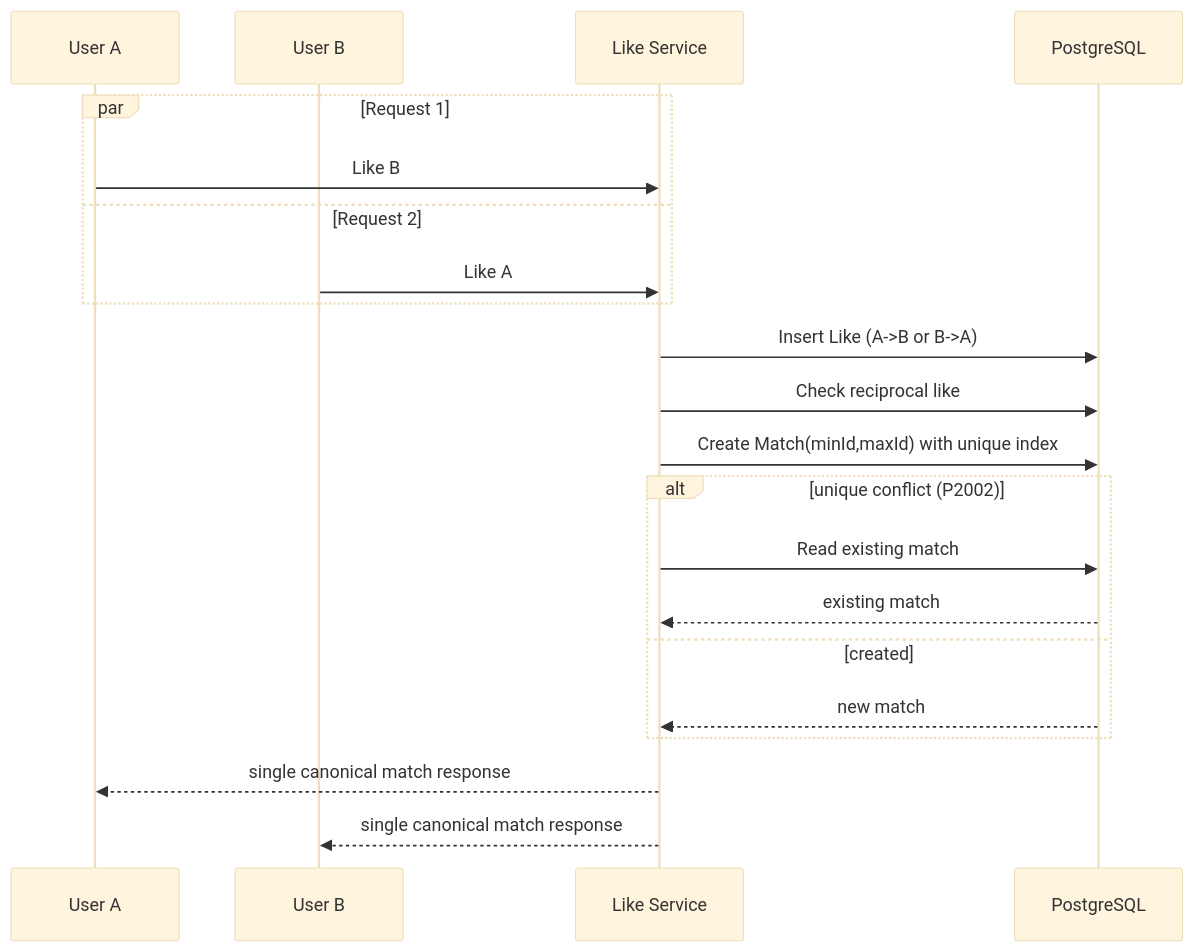
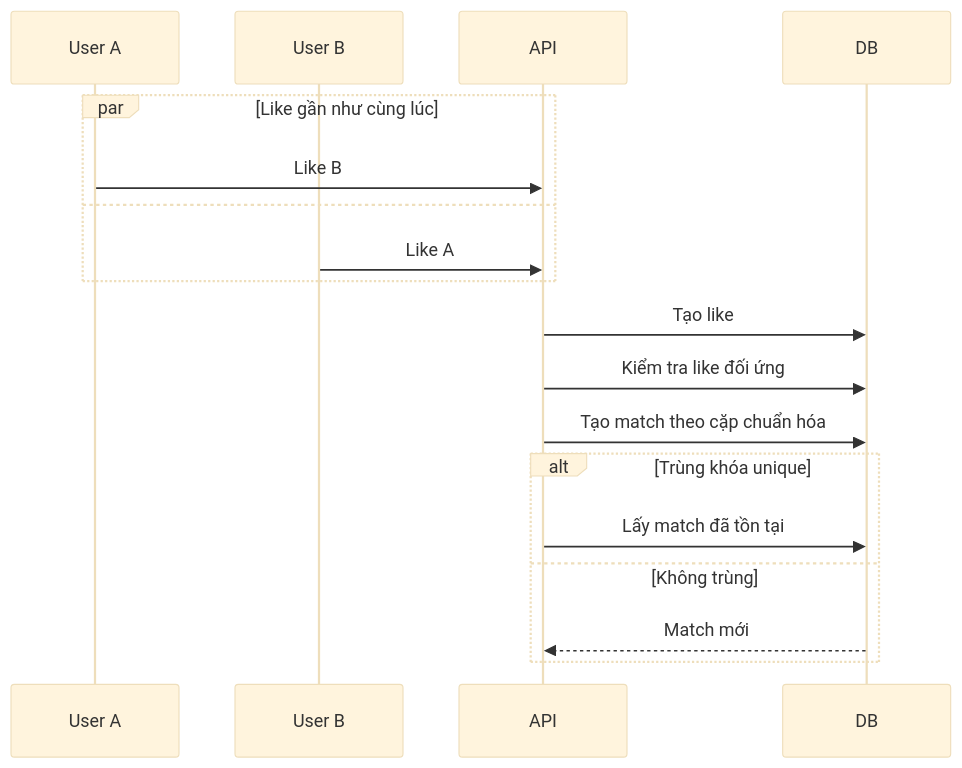
The fifth of 5 diagrams in ENHANCE.md (panadolextra91/dating-app-mvp), drawn with Mermaid (base theme) before and after one commit. The commit also changed other lines of this file, not shown here.

````diff
--- a/ENHANCE.md
+++ b/ENHANCE.md
@@ -356,25 +215,22 @@
 ```mermaid
 sequenceDiagram
     participant A as User A
     participant B as User B
-    participant API as Like Service
-    participant DB as PostgreSQL
+    participant API
+    participant DB
 
-    par Request 1
+    par Like gần như cùng lúc
         A->>API: Like B
-    and Request 2
+    and
         B->>API: Like A
     end
 
-    API->>DB: Insert Like (A->B or B->A)
-    API->>DB: Check reciprocal like
-    API->>DB: Create Match(minId,maxId) with unique index
-    alt unique conflict (P2002)
-        API->>DB: Read existing match
-        DB-->>API: existing match
-    else created
-        DB-->>API: new match
+    API->>DB: Tạo like
+    API->>DB: Kiểm tra like đối ứng
+    API->>DB: Tạo match theo cặp chuẩn hóa
+    alt Trùng khóa unique
+        API->>DB: Lấy match đã tồn tại
+    else Không trùng
+        DB-->>API: Match mới
     end
-    API-->>A: single canonical match response
-    API-->>B: single canonical match response
 ```
````
